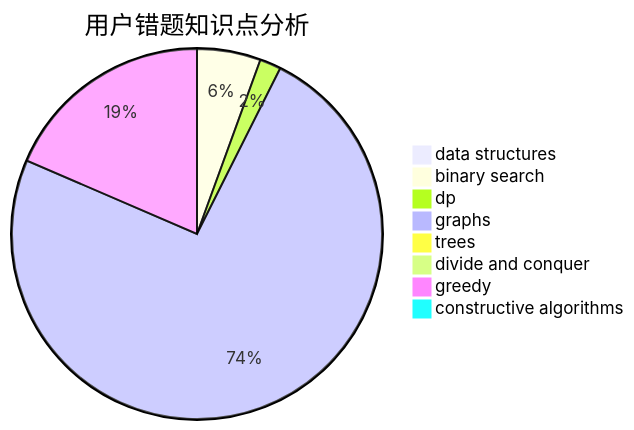
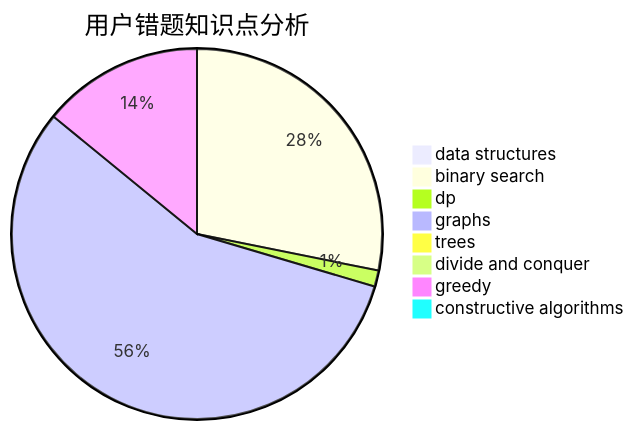
The third of 3 diagrams in docs/user/u2331.md (sherpahu/cfrs.github.io), drawn with Mermaid before and after one commit. The commit also changed other lines of this file and 2770 other files, not shown here.

````diff
--- a/docs/user/u2331.md
+++ b/docs/user/u2331.md
@@ -36,11 +36,11 @@
 ```mermaid
 pie title 用户错题知识点分析
     "data structures" :  0
-    "binary search" :  3
+    "binary search" :  20
     "dp" :  1
     "graphs" :  40
     "trees" :  0
     "divide and conquer" :  0
     "greedy" :  10
     "constructive algorithms" :  0
 ```
````
